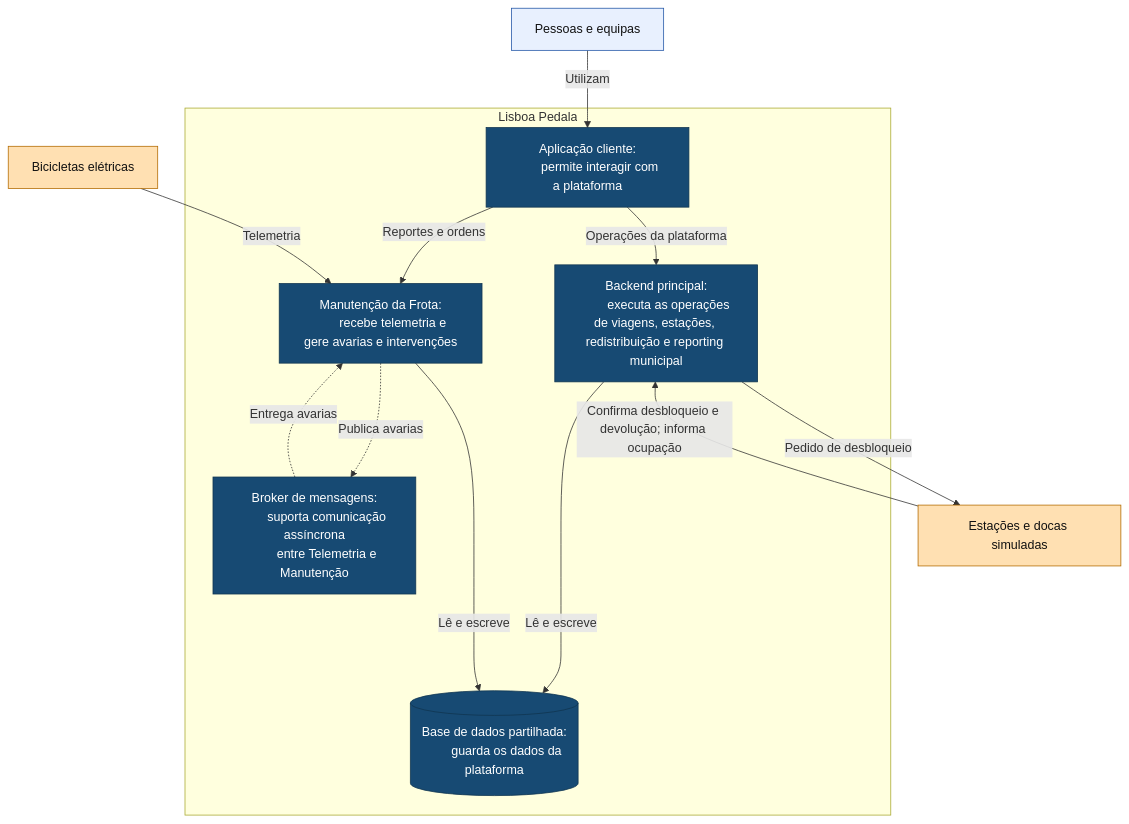
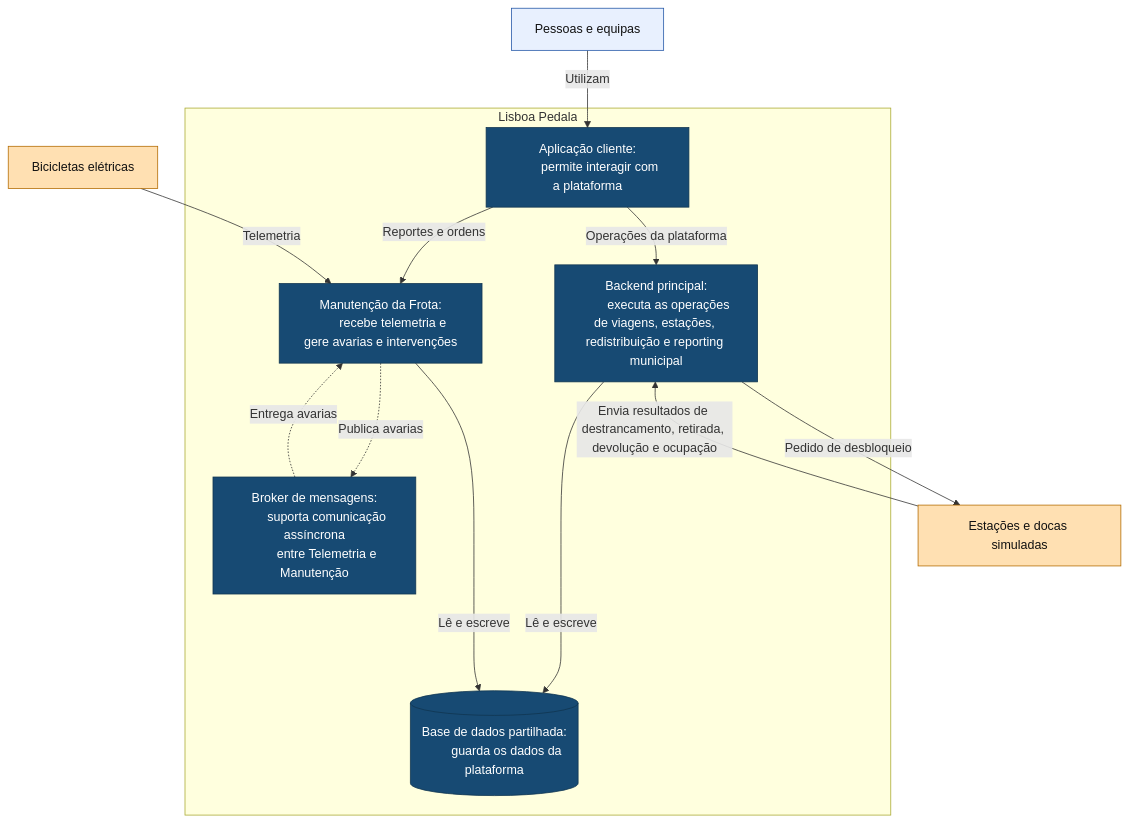
The diagram in docs/diagrams/02-contentores.md (matilde-quiterio/lisboa-pedala), drawn with Mermaid before and after one commit. The commit also changed other lines of this file and 3 other files, not shown here.

````diff
--- a/docs/diagrams/02-contentores.md
+++ b/docs/diagrams/02-contentores.md
@@ -5,46 +5,46 @@
 ```mermaid
 flowchart TB
     P["Pessoas e equipas"]
     D["Estações e docas simuladas"]
     B["Bicicletas elétricas"]
 
     subgraph LP["Lisboa Pedala"]
         A["Aplicação cliente:
         permite interagir com a plataforma"]
 
         BE["Backend principal:
         executa as operações de viagens, estações, redistribuição e reporting municipal"]
 
         MF["Manutenção da Frota:
         recebe telemetria e gere avarias e intervenções"]
 
         DB[("Base de dados partilhada:
         guarda os dados da plataforma")]
 
         Q["Broker de mensagens:
         suporta comunicação assíncrona
         entre Telemetria e Manutenção"]
 
         A -->|Operações da plataforma| BE
         A -->|Reportes e ordens| MF
 
         BE ---->|Lê e escreve| DB
         MF ---->|Lê e escreve| DB
 
         MF -.->|Publica avarias| Q
         Q -.->|Entrega avarias| MF
     end
 
     P -->|Utilizam| A
     BE -->|Pedido de desbloqueio| D
-    D -->|Confirma desbloqueio e devolução; informa ocupação| BE
+    D -->|Envia resultados de destrancamento, retirada, devolução e ocupação| BE
     B -->|Telemetria| MF
 
     classDef pessoa fill:#e8f0fe,stroke:#2457a7,color:#111;
     classDef interno fill:#174a73,stroke:#103550,color:#fff;
     classDef equipamento fill:#ffe0b2,stroke:#b36b00,color:#111;
 
     class P pessoa;
     class A,BE,MF,DB,Q interno;
     class D,B equipamento;
 ```
````
